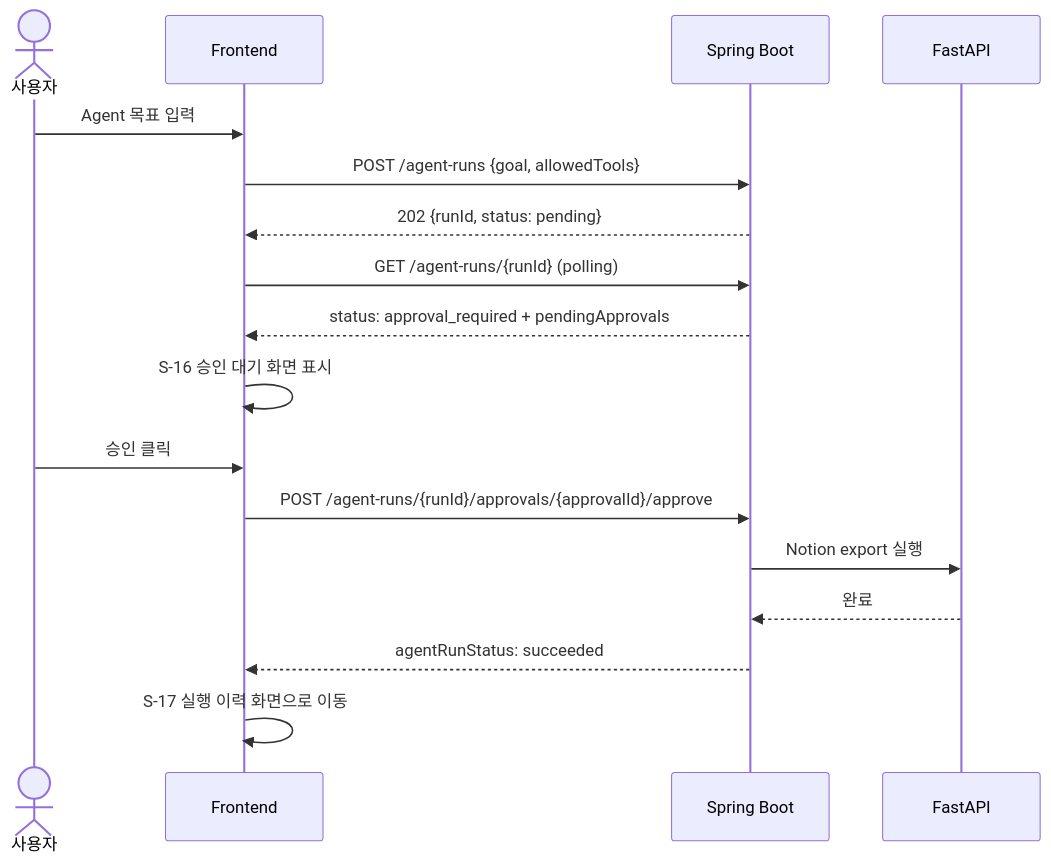
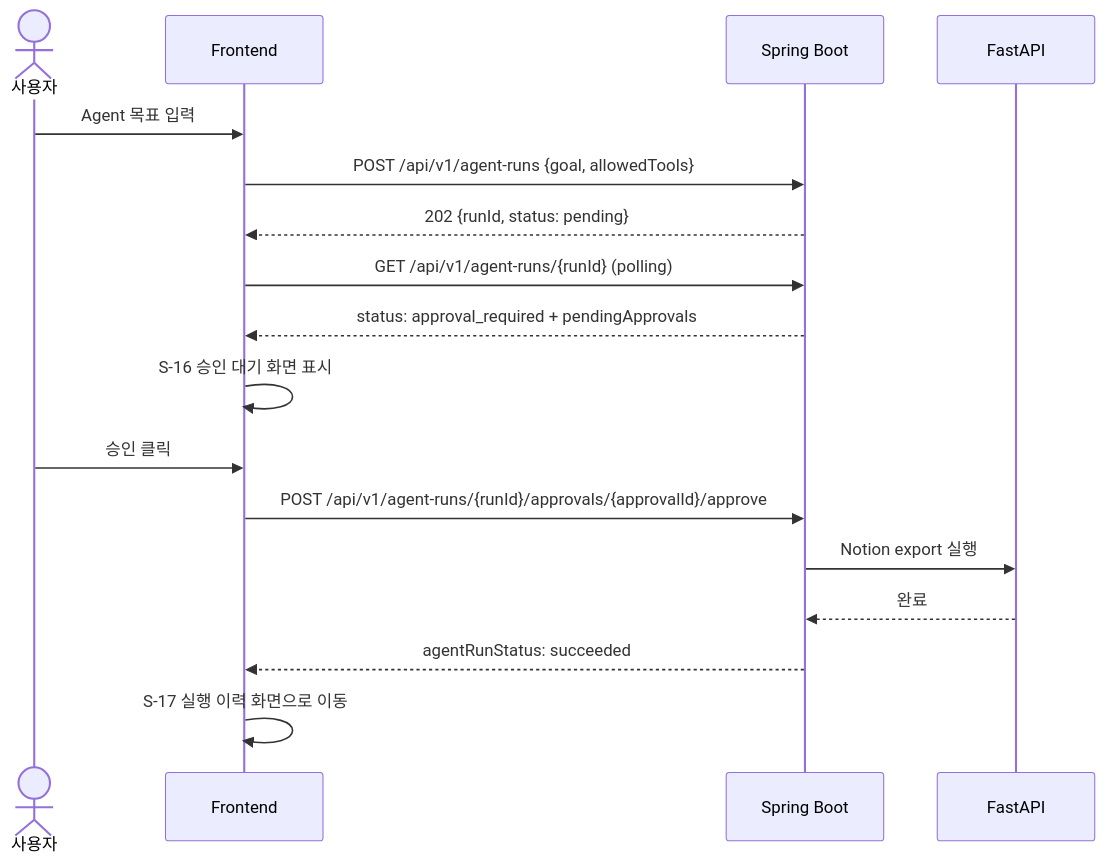
One commit to seok3m4/AI_w15-16 changed the fifth of 5 diagrams in docs/SCREEN_FLOW_MVP_TEXT_MEMORY.md. Above: the diagram before and after it, drawn with Mermaid. The commit also changed other lines of this file and 4 other files, not shown here.

````diff
--- a/docs/SCREEN_FLOW_MVP_TEXT_MEMORY.md
+++ b/docs/SCREEN_FLOW_MVP_TEXT_MEMORY.md
@@ -188,20 +190,20 @@
 ```mermaid
 sequenceDiagram
   actor U as 사용자
   participant FE as Frontend
   participant BE as Spring Boot
   participant AI as FastAPI
 
   U->>FE: Agent 목표 입력
-  FE->>BE: POST /agent-runs {goal, allowedTools}
+  FE->>BE: POST /api/v1/agent-runs {goal, allowedTools}
   BE-->>FE: 202 {runId, status: pending}
-  FE->>BE: GET /agent-runs/{runId} (polling)
+  FE->>BE: GET /api/v1/agent-runs/{runId} (polling)
   BE-->>FE: status: approval_required + pendingApprovals
   FE->>FE: S-16 승인 대기 화면 표시
   U->>FE: 승인 클릭
-  FE->>BE: POST /agent-runs/{runId}/approvals/{approvalId}/approve
+  FE->>BE: POST /api/v1/agent-runs/{runId}/approvals/{approvalId}/approve
   BE->>AI: Notion export 실행
   AI-->>BE: 완료
   BE-->>FE: agentRunStatus: succeeded
   FE->>FE: S-17 실행 이력 화면으로 이동
 ```
````
